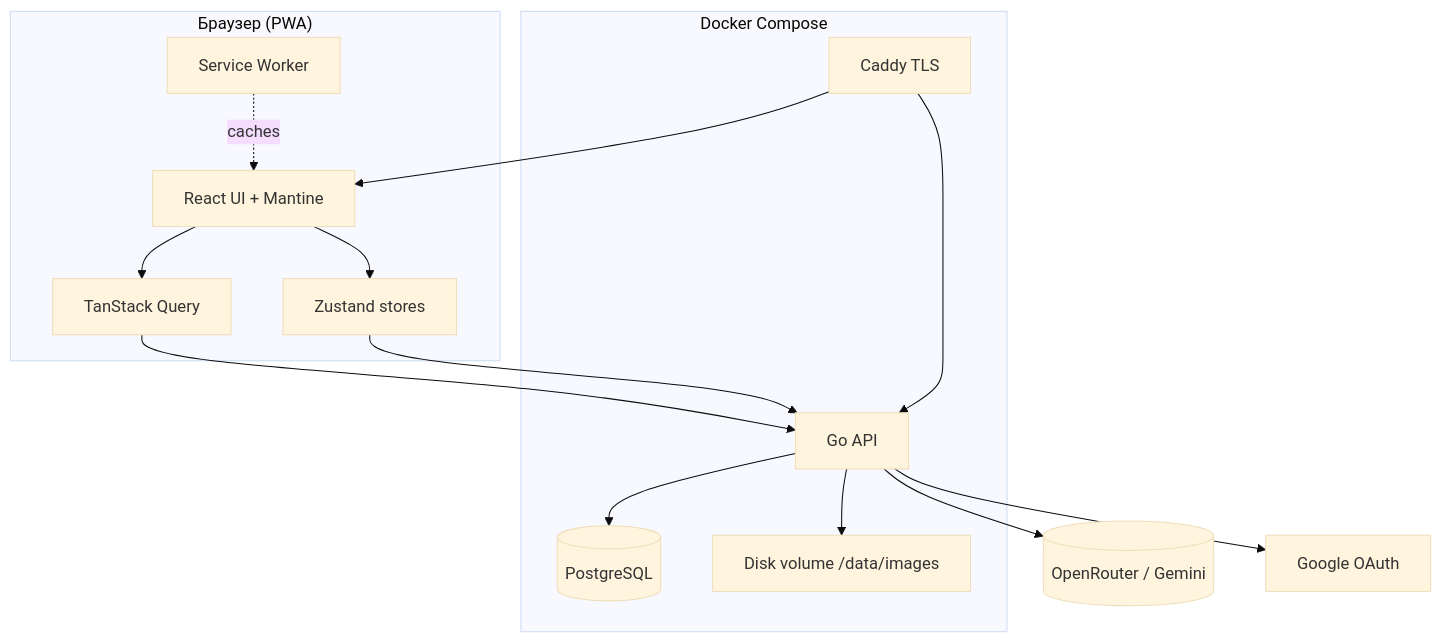
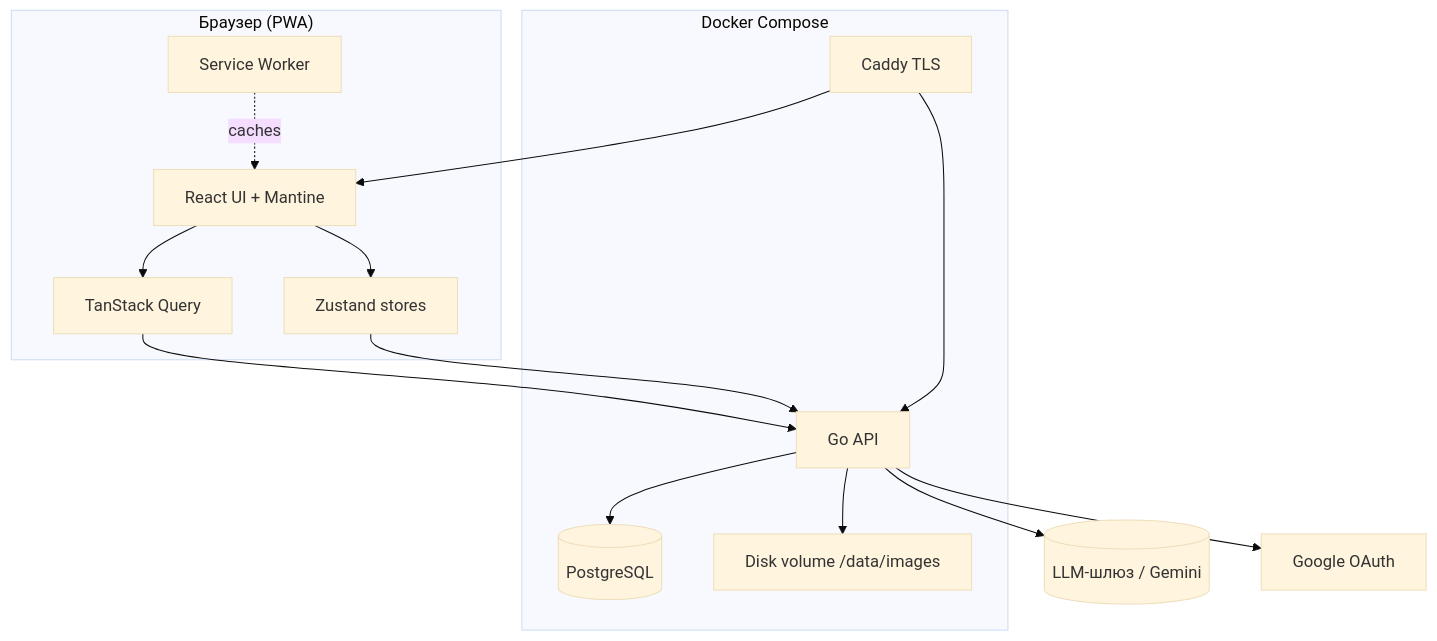
Before and after one commit to fedor-resh/macros-count-app: the second of 4 diagrams in docs/05-architecture.md, drawn with Mermaid (base theme). The commit also changed other lines of this file and 15 other files, not shown here.

````diff
--- a/docs/05-architecture.md
+++ b/docs/05-architecture.md
@@ -44,31 +44,31 @@
 ```mermaid
 graph TB
     subgraph Browser["Браузер (PWA)"]
         SW["Service Worker"]
         UI["React UI + Mantine"]
         Store["Zustand stores"]
         Query["TanStack Query"]
     end
 
     subgraph Server["Docker Compose"]
         Caddy["Caddy TLS"]
         API["Go API"]
         DB[("PostgreSQL")]
         Disk["Disk volume /data/images"]
     end
 
-    OpenRouter[(OpenRouter / Gemini)]
+    LLM[(LLM-шлюз / Gemini)]
     Google[Google OAuth]
 
     UI --> Store
     UI --> Query
     Query --> API
     Store --> API
     Caddy --> API
     Caddy --> UI
     API --> DB
     API --> Disk
-    API --> OpenRouter
+    API --> LLM
     API --> Google
     SW -.->|caches| UI
 ```
````
